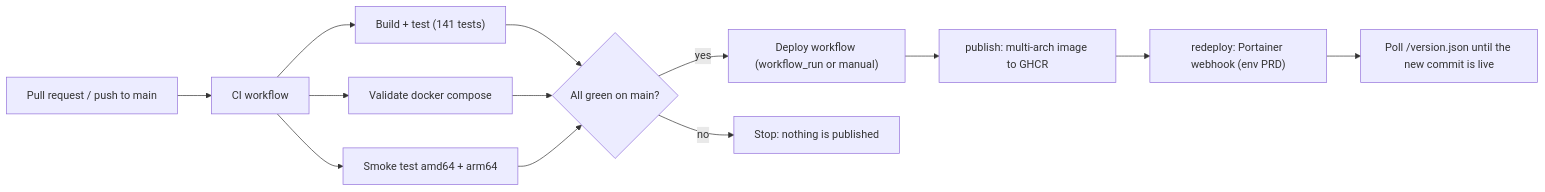
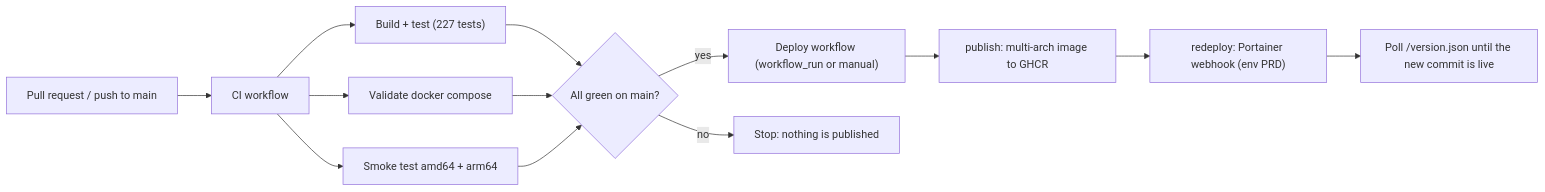
Diagram 11 of 11 in README.md (pradikta/openbible), drawn with Mermaid before and after one commit. The commit also changed other lines of this file and 135 other files, not shown here.

````diff
--- a/README.md
+++ b/README.md
@@ -462,13 +530,13 @@
 ```mermaid
 flowchart LR
     PR["Pull request / push to main"] --> CI["CI workflow"]
-    CI --> B["Build + test (141 tests)"]
+    CI --> B["Build + test (227 tests)"]
     CI --> C["Validate docker compose"]
     CI --> S["Smoke test amd64 + arm64"]
     B & C & S --> OK{"All green on main?"}
     OK -- yes --> D["Deploy workflow (workflow_run or manual)"]
     OK -- no --> X["Stop: nothing is published"]
     D --> P["publish: multi-arch image to GHCR"]
     P --> R["redeploy: Portainer webhook (env PRD)"]
     R --> V["Poll /version.json until the new commit is live"]
 ```
````
